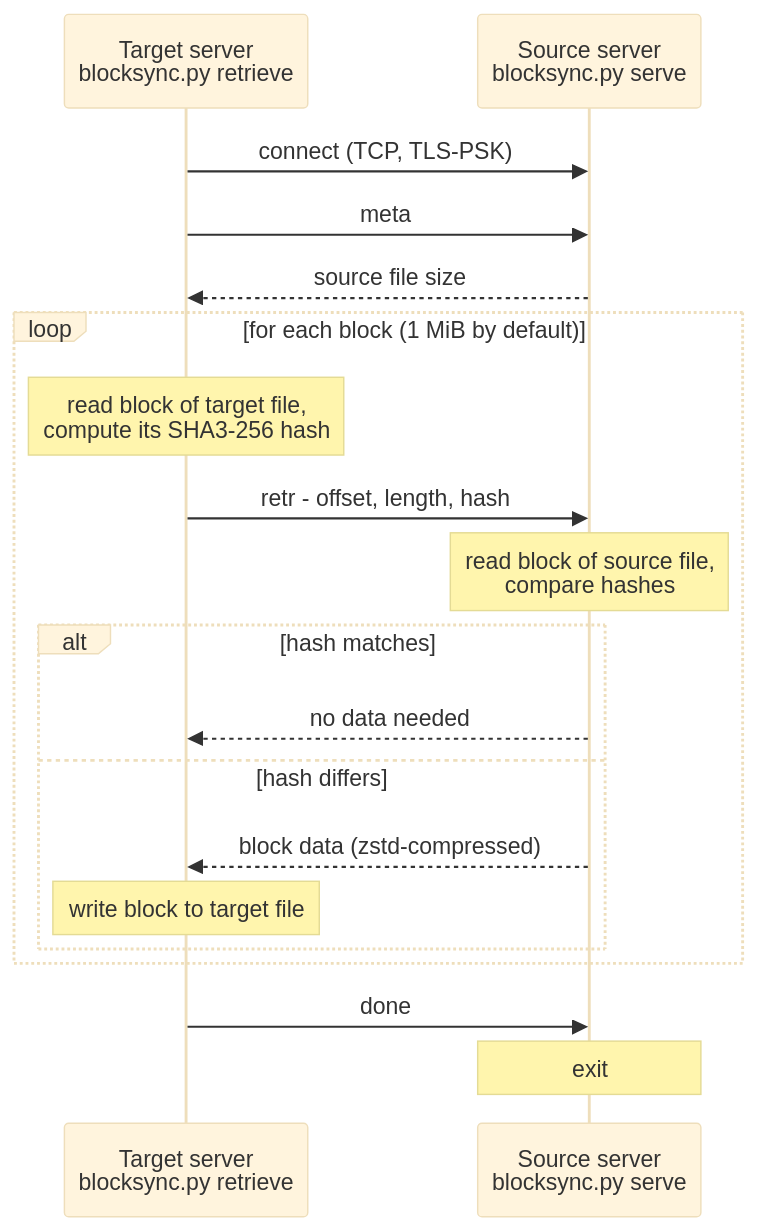
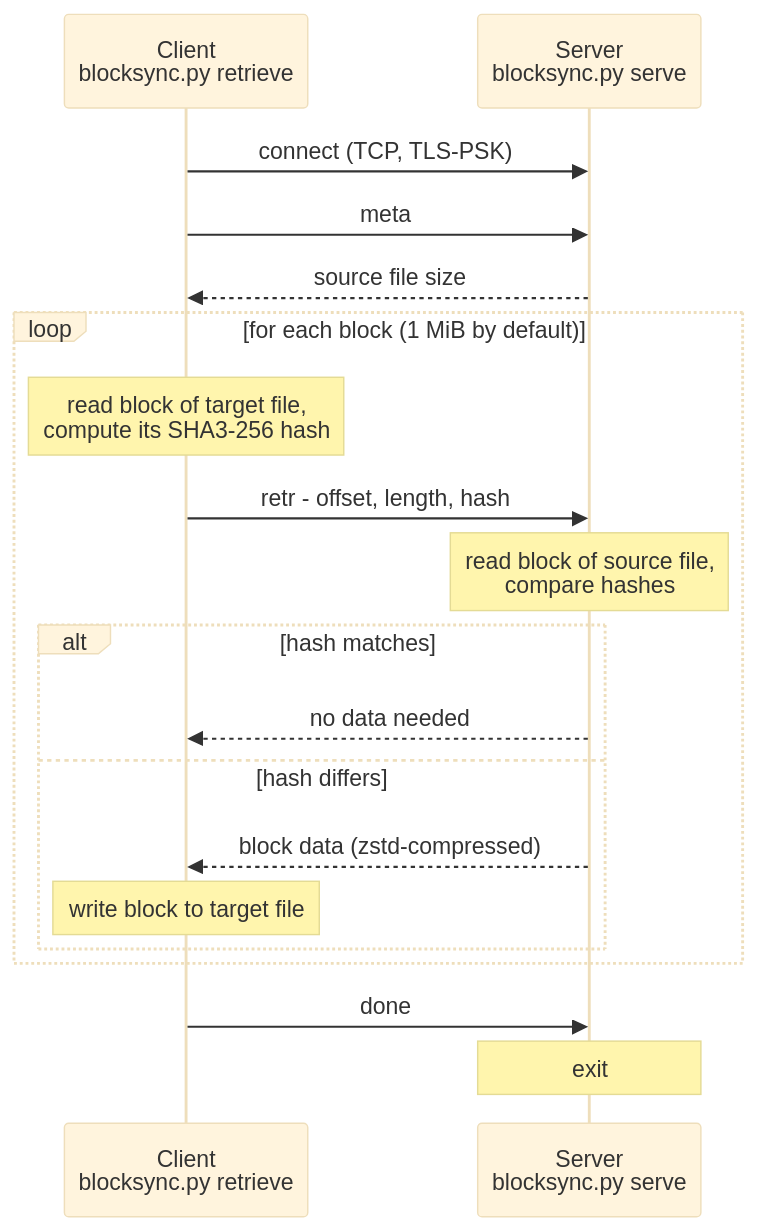
The second of 2 diagrams in README.md (messa/blocksync), drawn with Mermaid (base theme) before and after one commit. The commit also changed other lines of this file, not shown here.

First line of the commit message:
README: use source/target host and client/server terminology

````diff
--- a/README.md
+++ b/README.md
@@ -234,21 +234,21 @@
 ```mermaid
 sequenceDiagram
-    participant T as Target server<br/>blocksync.py retrieve
-    participant S as Source server<br/>blocksync.py serve
+    participant T as Client<br/>blocksync.py retrieve
+    participant S as Server<br/>blocksync.py serve
     T->>S: connect (TCP, TLS-PSK)
     T->>S: meta
     S-->>T: source file size
     loop for each block (1 MiB by default)
         Note over T: read block of target file,<br/>compute its SHA3-256 hash
         T->>S: retr - offset, length, hash
         Note over S: read block of source file,<br/>compare hashes
         alt hash matches
             S-->>T: no data needed
         else hash differs
             S-->>T: block data (zstd-compressed)
             Note over T: write block to target file
         end
     end
     T->>S: done
     Note over S: exit
 ```
````
